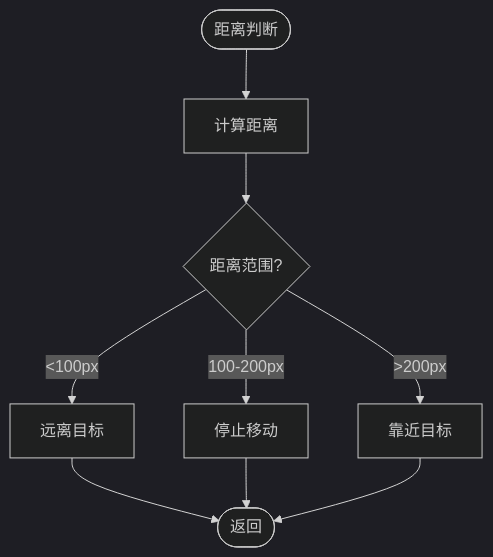
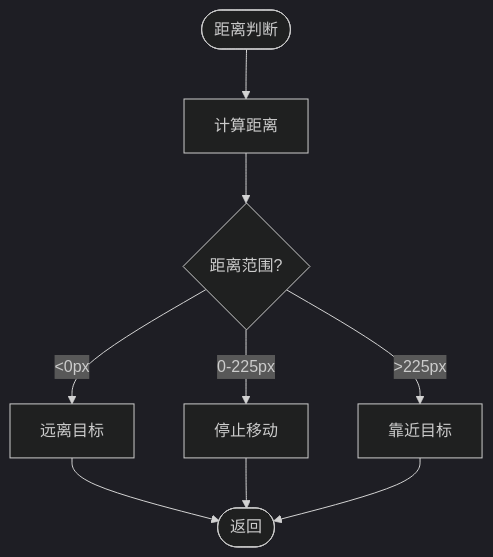
Before and after one commit to xsy098-max/ok-jump: the seventh of 10 diagrams in .qoder/repowiki/zh/content/任务系统/自动战斗任务.md, drawn with Mermaid (dark theme). The commit also changed other lines of this file and 73 other files, not shown here.

````diff
--- a/.qoder/repowiki/zh/content/任务系统/自动战斗任务.md
+++ b/.qoder/repowiki/zh/content/任务系统/自动战斗任务.md
@@ -294,11 +313,11 @@
 ```mermaid
 flowchart TD
 Start([距离判断]) --> Calc["计算距离"]
 Calc --> Range{"距离范围?"}
-Range --> |<100px| Away["远离目标"]
-Range --> |100-200px| Stop["停止移动"]
-Range --> |>200px| Toward["靠近目标"]
+Range --> |<0px| Away["远离目标"]
+Range --> |0-225px| Stop["停止移动"]
+Range --> |>225px| Toward["靠近目标"]
 Away --> End([返回])
 Stop --> End
 Toward --> End
 ```
````
